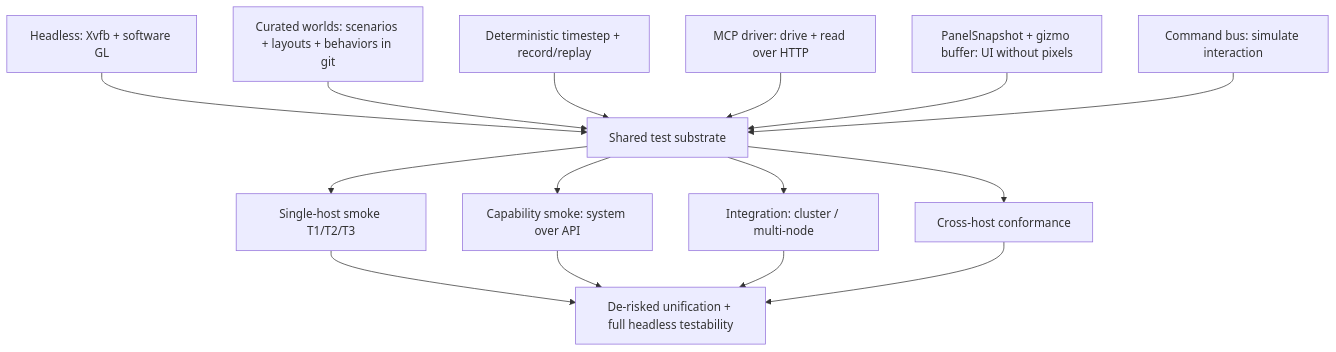
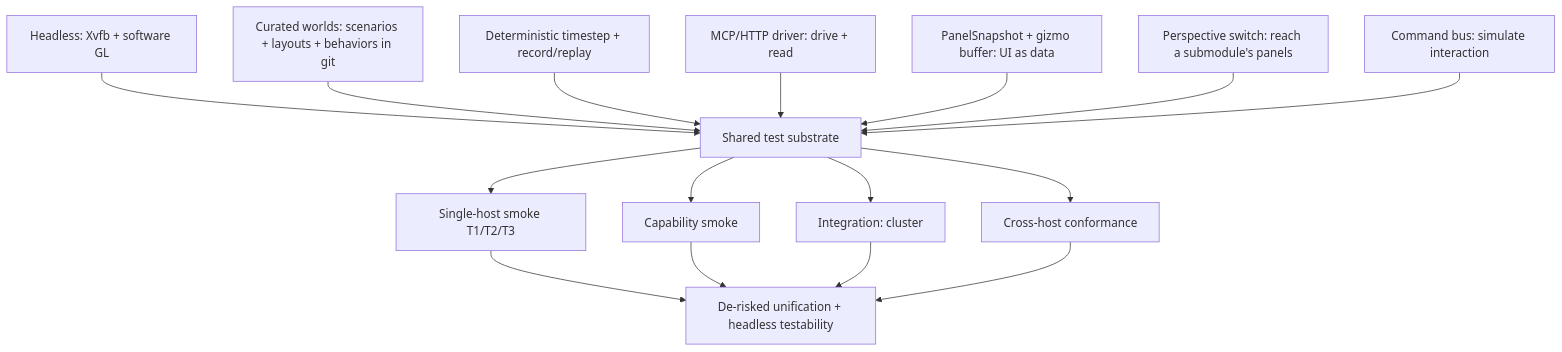
Before and after one commit to pjanec/HROT: the first of 4 diagrams in docs/DESIGN_Headless_Testability.md, drawn with Mermaid. The commit also changed other lines of this file, not shown here.

First line of the commit message:
docs: rework the testing methodology design — one-binary/--mode, perspective-scoped capture, UML

````diff
--- a/docs/DESIGN_Headless_Testability.md
+++ b/docs/DESIGN_Headless_Testability.md
@@ -43,17 +47,18 @@
 ```mermaid
 graph TD
     HR["Headless: Xvfb + software GL"] --> SUB
     CW["Curated worlds: scenarios + layouts + behaviors in git"] --> SUB
     DET["Deterministic timestep + record/replay"] --> SUB
-    MCP["MCP driver: drive + read over HTTP"] --> SUB
-    SNAP["PanelSnapshot + gizmo buffer: UI without pixels"] --> SUB
+    API["MCP/HTTP driver: drive + read"] --> SUB
+    SNAP["PanelSnapshot + gizmo buffer: UI as data"] --> SUB
+    PER["Perspective switch: reach a submodule's panels"] --> SUB
     CMD["Command bus: simulate interaction"] --> SUB
     SUB["Shared test substrate"] --> SMOKE["Single-host smoke T1/T2/T3"]
-    SUB --> CAP["Capability smoke: system over API"]
-    SUB --> INT["Integration: cluster / multi-node"]
+    SUB --> CAP["Capability smoke"]
+    SUB --> INT["Integration: cluster"]
     SUB --> CONF["Cross-host conformance"]
-    SMOKE --> GOAL["De-risked unification + full headless testability"]
+    SMOKE --> GOAL["De-risked unification + headless testability"]
     CAP --> GOAL
     INT --> GOAL
     CONF --> GOAL
 ```
````
